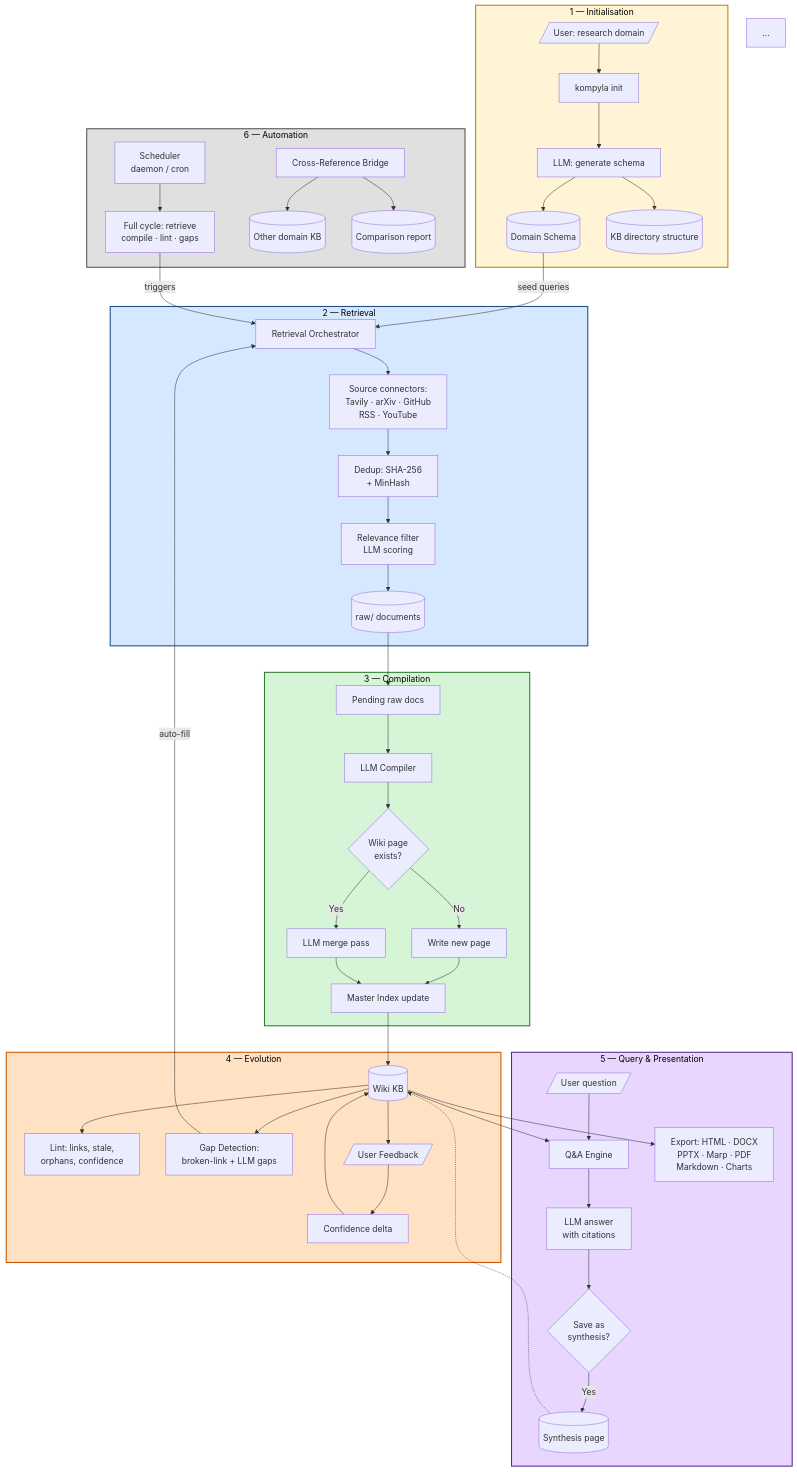
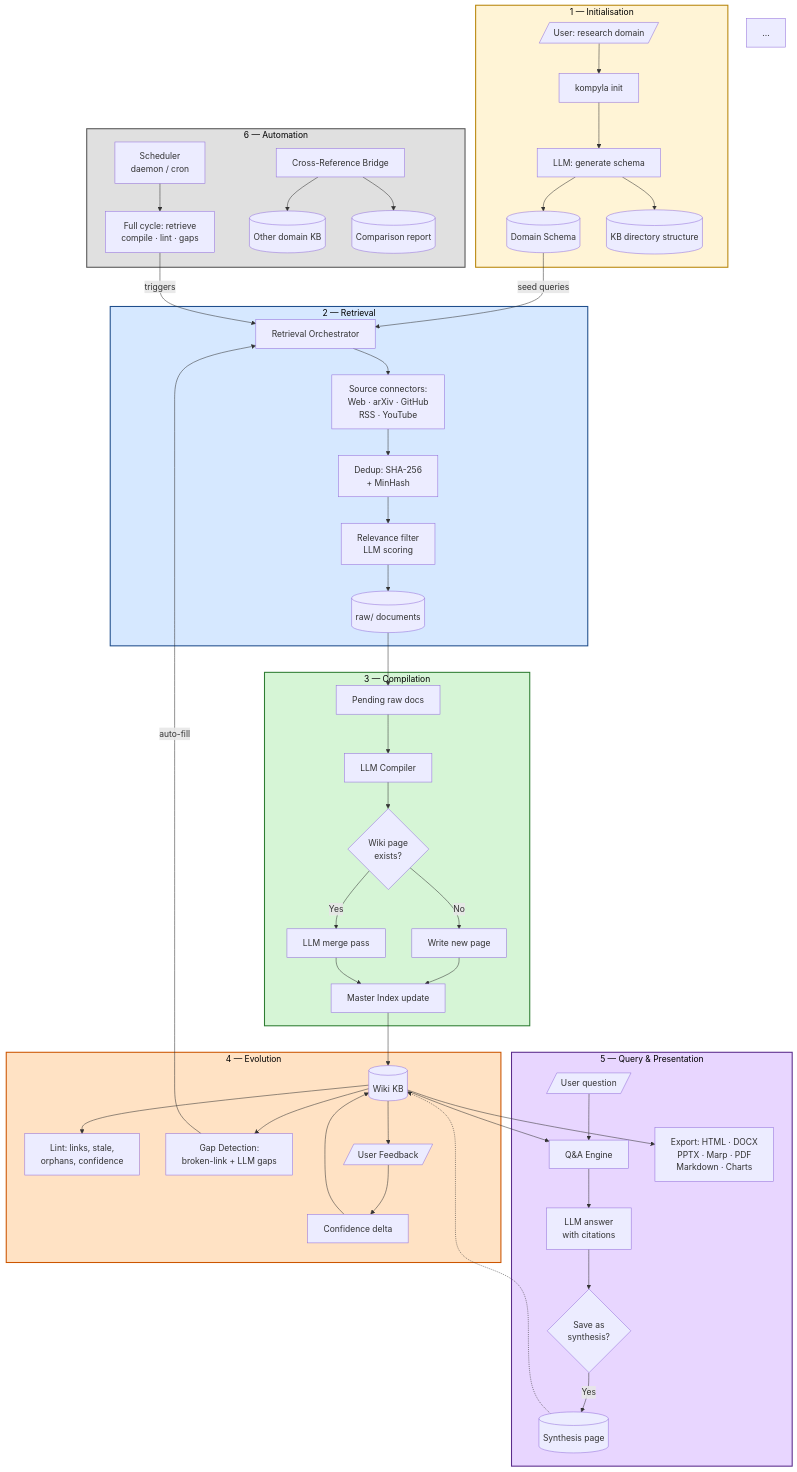
One commit to damien220/kompyla changed the diagram in README.md. Above: the diagram before and after it, drawn with Mermaid. The commit also changed other lines of this file and 12 other files, not shown here.

```diff
--- a/README.md
+++ b/README.md
@@ -46,7 +46,7 @@
     %% ============ 2. RETRIEVAL ============
     subgraph RETR["2 — Retrieval"]
         R0[Retrieval Orchestrator]
-        R1[Source connectors:<br/>Tavily · arXiv · GitHub<br/>RSS · YouTube]
+        R1[Source connectors:<br/>Web · arXiv · GitHub<br/>RSS · YouTube]
         R2[Dedup: SHA-256<br/>+ MinHash]
         R3[Relevance filter<br/>LLM scoring]
         R4[(raw/ documents)]
```
